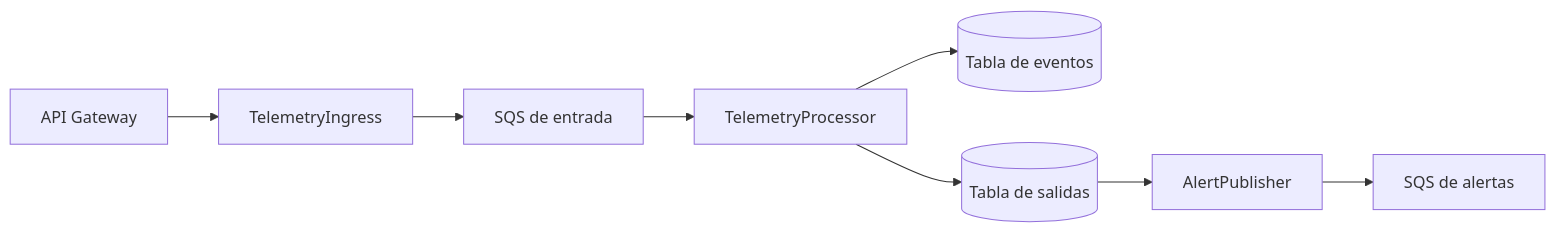
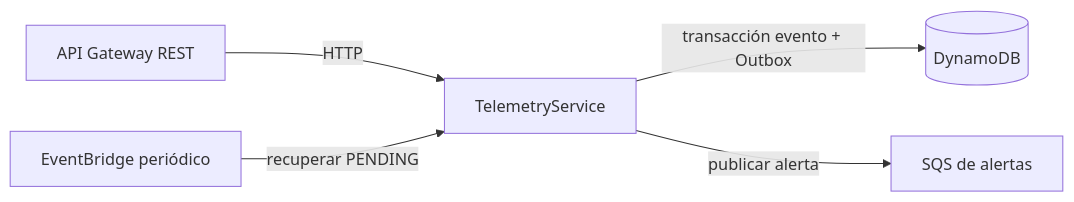
Before and after one commit to Deivisito2911/practice_aidlc: the diagram in aidlc/spaces/default/intents/261001-telemetria-vehicular/inception/domain-design/components.md, drawn with Mermaid. The commit also changed other lines of this file and 46 other files, not shown here.

````diff
--- a/aidlc/spaces/default/intents/261001-telemetria-vehicular/inception/domain-design/components.md
+++ b/aidlc/spaces/default/intents/261001-telemetria-vehicular/inception/domain-design/components.md
@@ -70,10 +57,7 @@
 ```mermaid
 flowchart LR
-    APIGW[API Gateway] --> IN[TelemetryIngress]
-    IN --> IQ[SQS de entrada]
-    IQ --> PR[TelemetryProcessor]
-    PR --> EV[(Tabla de eventos)]
-    PR --> OB[(Tabla de salidas)]
-    OB --> PUB[AlertPublisher]
-    PUB --> AQ[SQS de alertas]
+    APIGW[API Gateway REST] -->|HTTP| TS[TelemetryService]
+    EB[EventBridge periódico] -->|recuperar PENDING| TS
+    TS -->|transacción evento + Outbox| DDB[(DynamoDB)]
+    TS -->|publicar alerta| SQS[SQS de alertas]
 ```
````
